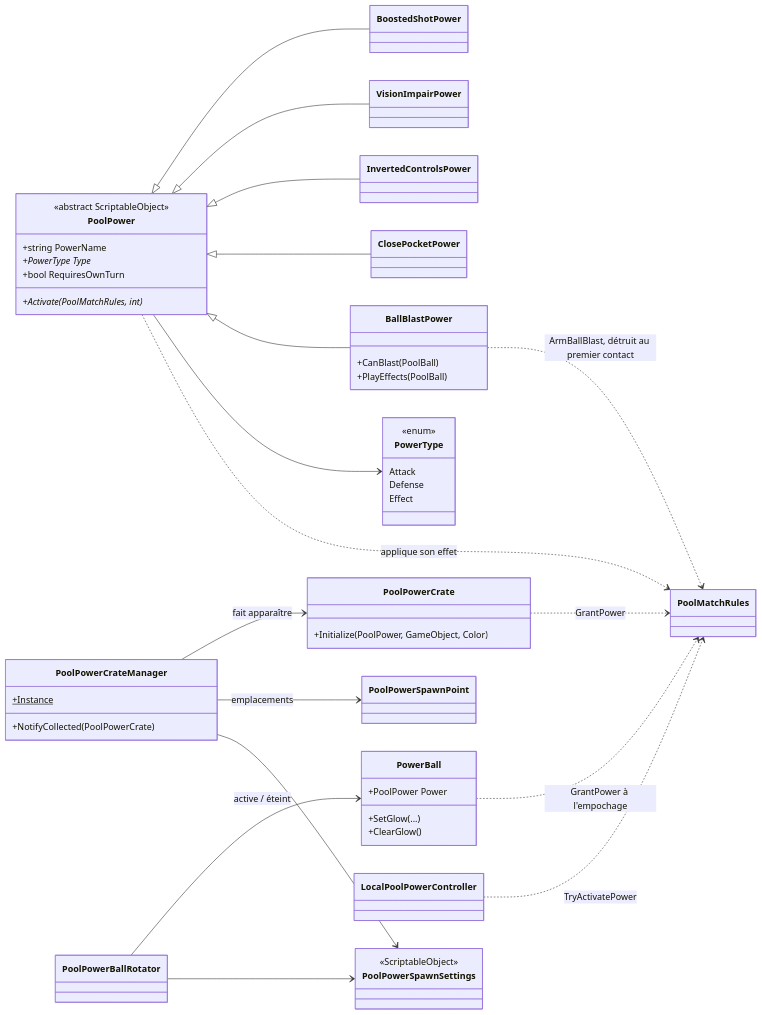
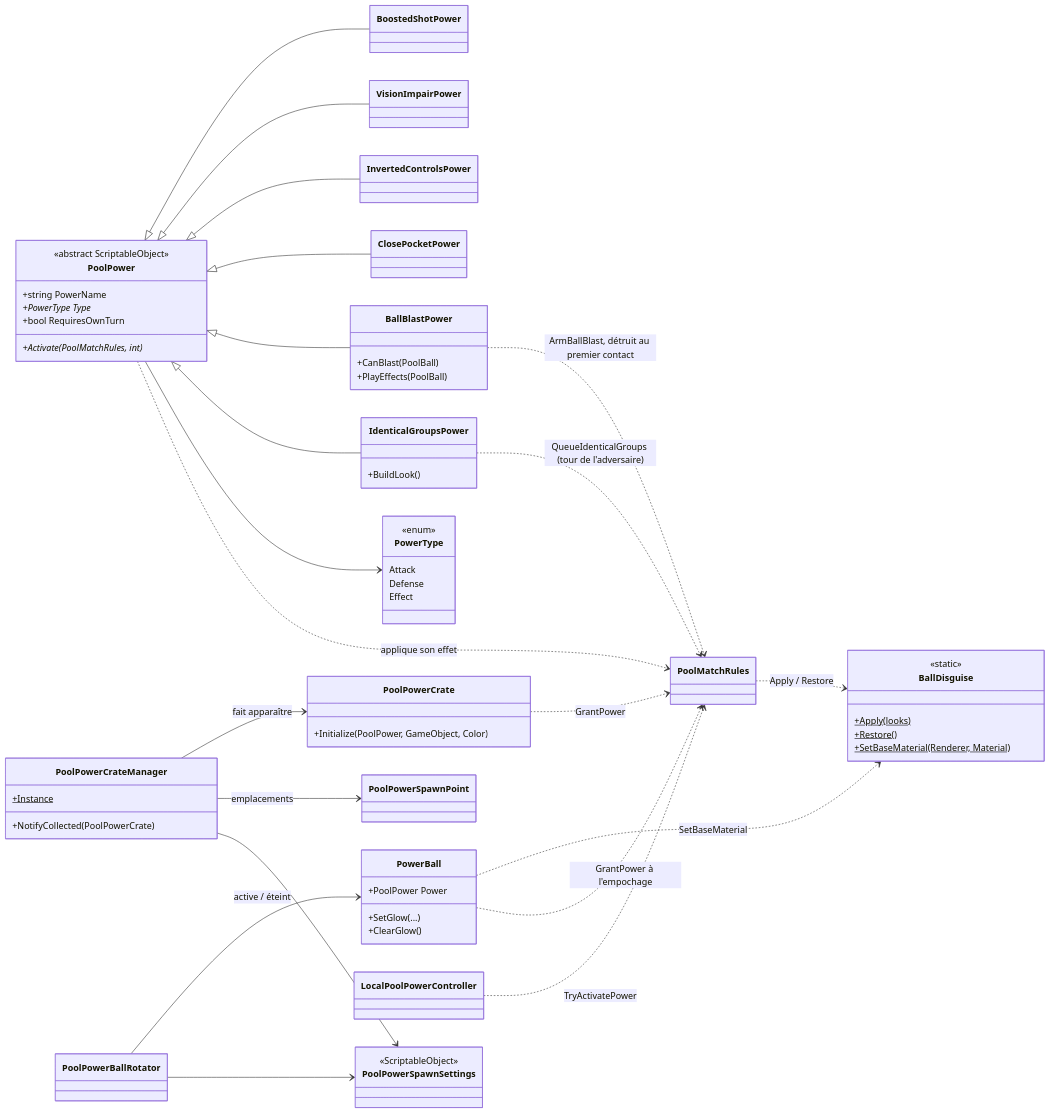
Before and after one commit to FlackyBoy/UntitledPoolgame: the fourth of 4 diagrams in docs/content/tech/architecture.md, drawn with Mermaid. The commit also changed 18 other files, not shown here.

````diff
--- a/docs/content/tech/architecture.md
+++ b/docs/content/tech/architecture.md
@@ -307,60 +307,73 @@
 ```mermaid
 classDiagram
   direction LR
   class PoolPower {
     <<abstract ScriptableObject>>
     +string PowerName
     +PowerType Type*
     +bool RequiresOwnTurn
     +Activate(PoolMatchRules, int)*
   }
   class BoostedShotPower
   class VisionImpairPower
   class InvertedControlsPower
   class ClosePocketPower
+  class IdenticalGroupsPower {
+    +BuildLook()
+  }
+  class BallDisguise {
+    <<static>>
+    +Apply(looks)$
+    +Restore()$
+    +SetBaseMaterial(Renderer, Material)$
+  }
   class BallBlastPower {
     +CanBlast(PoolBall)
     +PlayEffects(PoolBall)
   }
   class PowerType {
     <<enum>>
     Attack
     Defense
     Effect
   }
   class PoolPowerCrate {
     +Initialize(PoolPower, GameObject, Color)
   }
   class PoolPowerCrateManager {
     +Instance$
     +NotifyCollected(PoolPowerCrate)
   }
   class PoolPowerBallRotator
   class PowerBall {
     +PoolPower Power
     +SetGlow(...)
     +ClearGlow()
   }
   class PoolPowerSpawnPoint
   class PoolPowerSpawnSettings {
     <<ScriptableObject>>
   }
   class LocalPoolPowerController
 
   PoolPower <|-- BoostedShotPower
   PoolPower <|-- VisionImpairPower
   PoolPower <|-- InvertedControlsPower
   PoolPower <|-- ClosePocketPower
   PoolPower <|-- BallBlastPower
+  PoolPower <|-- IdenticalGroupsPower
+  IdenticalGroupsPower ..> PoolMatchRules : QueueIdenticalGroups (tour de l'adversaire)
+  PoolMatchRules ..> BallDisguise : Apply / Restore
+  PowerBall ..> BallDisguise : SetBaseMaterial
   BallBlastPower ..> PoolMatchRules : ArmBallBlast, détruit au premier contact
   PoolPower --> PowerType
   PoolPowerCrateManager --> PoolPowerCrate : fait apparaître
   PoolPowerCrateManager --> PoolPowerSpawnPoint : emplacements
   PoolPowerCrateManager --> PoolPowerSpawnSettings
   PoolPowerBallRotator --> PowerBall : active / éteint
   PoolPowerBallRotator --> PoolPowerSpawnSettings
   PoolPowerCrate ..> PoolMatchRules : GrantPower
   PowerBall ..> PoolMatchRules : GrantPower à l'empochage
   LocalPoolPowerController ..> PoolMatchRules : TryActivatePower
   PoolPower ..> PoolMatchRules : applique son effet
 ```
````
